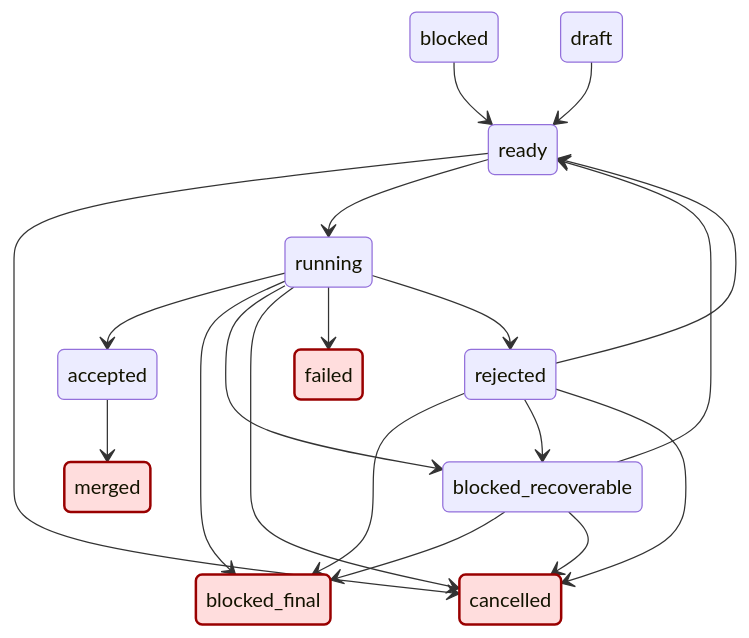
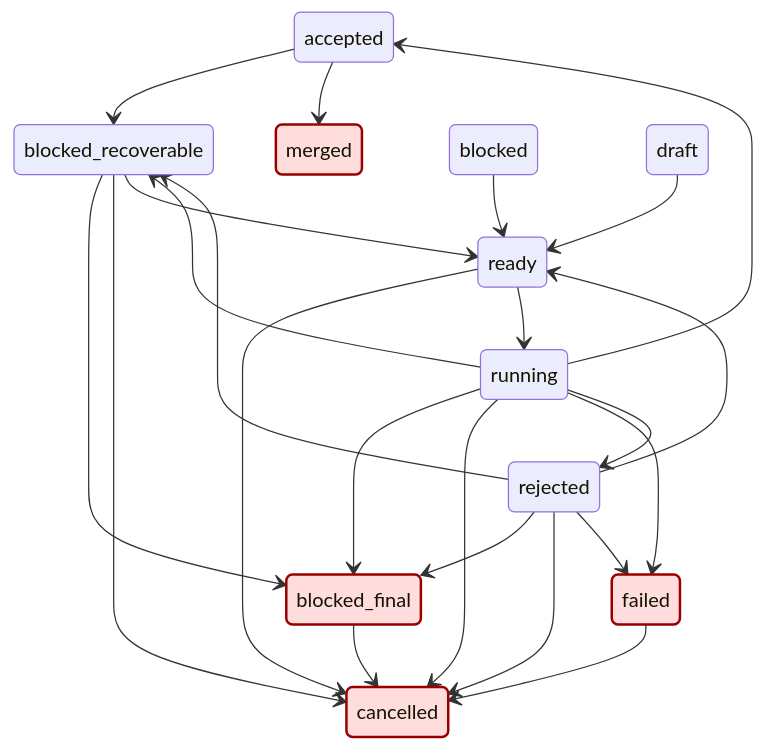
Before and after one commit to basilivanov/grace-orchestrator: the diagram in docs/state-diagram.md, drawn with Mermaid. The commit also changed 33 other files, not shown here.

````diff
--- a/docs/state-diagram.md
+++ b/docs/state-diagram.md
@@ -1,27 +1,31 @@
 ```mermaid
 stateDiagram-v2
+    accepted --> blocked_recoverable
     accepted --> merged
     blocked --> ready
+    blocked_final --> cancelled
     blocked_recoverable --> blocked_final
     blocked_recoverable --> cancelled
     blocked_recoverable --> ready
     draft --> ready
+    failed --> cancelled
     ready --> cancelled
     ready --> running
     rejected --> blocked_final
     rejected --> blocked_recoverable
     rejected --> cancelled
+    rejected --> failed
     rejected --> ready
     running --> accepted
     running --> blocked_final
     running --> blocked_recoverable
     running --> cancelled
     running --> failed
     running --> rejected
 
     classDef terminal fill:#fdd,stroke:#900,stroke-width:2px
     class blocked_final terminal
     class cancelled terminal
     class failed terminal
     class merged terminal
 ```
````
